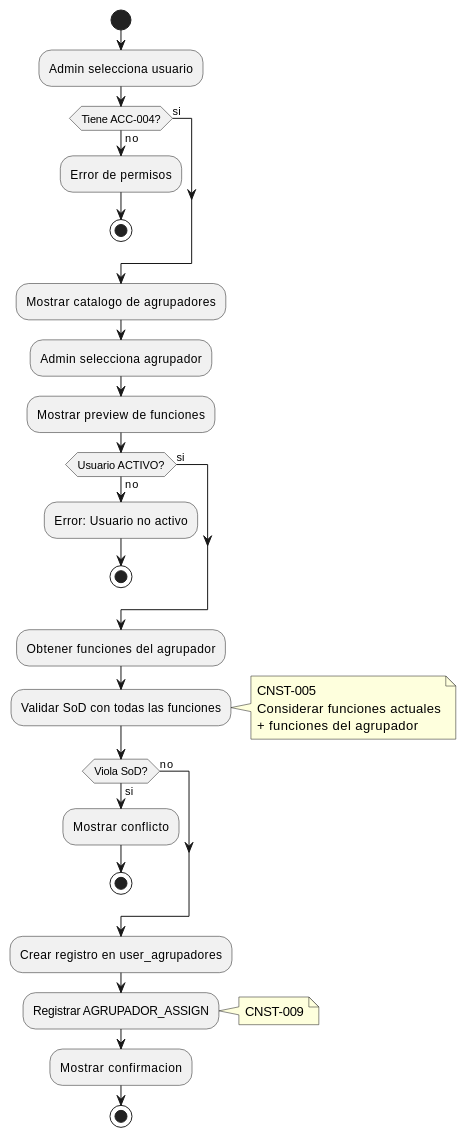
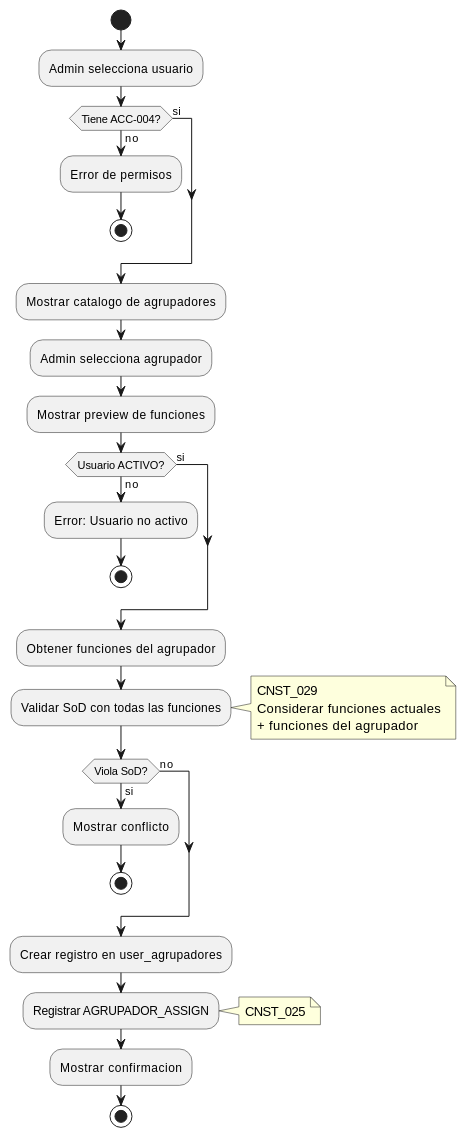
One commit to jcg-admin/IACT-docs changed the third of 3 diagrams in source/requisitos/casos_uso/access/UC_ACC_04_Asignar_Agrupador.rst. Above: the diagram before and after it, drawn with PlantUML. The commit also changed other lines of this file and 67 other files, not shown here.

```diff
--- a/source/requisitos/casos_uso/access/UC_ACC_04_Asignar_Agrupador.rst
+++ b/source/requisitos/casos_uso/access/UC_ACC_04_Asignar_Agrupador.rst
@@ -378,52 +387,52 @@
 .. uml::
    :caption: Diagrama de Actividad - UC_ACC_04
 
    @startuml
 
    start
 
    :Admin selecciona usuario;
 
    if (Tiene ACC-004?) then (no)
      :Error de permisos;
      stop
    else (si)
    endif
 
    :Mostrar catalogo de agrupadores;
 
    :Admin selecciona agrupador;
 
    :Mostrar preview de funciones;
 
    if (Usuario ACTIVO?) then (no)
      :Error: Usuario no activo;
      stop
    else (si)
    endif
 
    :Obtener funciones del agrupador;
 
    :Validar SoD con todas las funciones;
    note right
-     CNST-005
+     CNST_029
      Considerar funciones actuales
      + funciones del agrupador
    end note
 
    if (Viola SoD?) then (si)
      :Mostrar conflicto;
      stop
    else (no)
    endif
 
    :Crear registro en user_agrupadores;
 
    :Registrar AGRUPADOR_ASSIGN;
-   note right: CNST-009
+   note right: CNST_025
 
    :Mostrar confirmacion;
 
    stop
 
    @enduml
```
